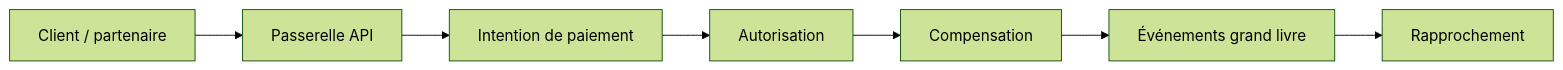
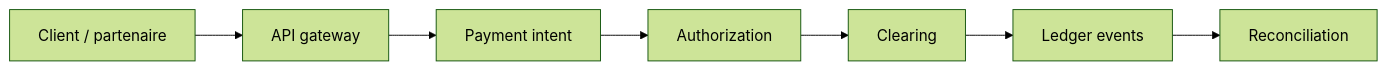
Before and after one commit to saifcores/saifcore-blog: the diagram in content/fr/scalable-fintech-systems.mdx, drawn with Mermaid (forest theme). The commit also changed other lines of this file and 29 other files, not shown here.

````diff
--- a/content/fr/scalable-fintech-systems.mdx
+++ b/content/fr/scalable-fintech-systems.mdx
@@ -12,9 +15,9 @@
 ```mermaid
 flowchart LR
-  Client["Client / partenaire"] --> Gateway["Passerelle API"]
-  Gateway --> Intent["Intention de paiement"]
-  Intent --> Auth["Autorisation"]
-  Auth --> Clear["Compensation"]
-  Clear --> Ledger["Événements grand livre"]
-  Ledger --> Recon["Rapprochement"]
+  Client["Client / partenaire"] --> Gateway["API gateway"]
+  Gateway --> Intent["Payment intent"]
+  Intent --> Auth["Authorization"]
+  Auth --> Clear["Clearing"]
+  Clear --> Ledger["Ledger events"]
+  Ledger --> Recon["Reconciliation"]
 ```
````
